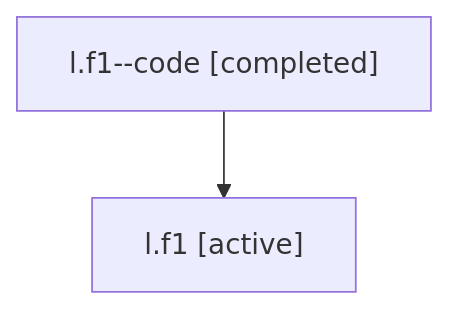
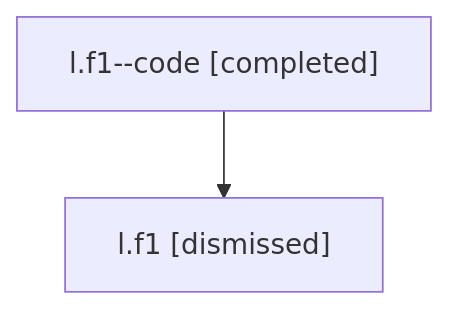
The diagram in sessions/bbugyi200.athena.l.f1.md (sase-org/sase--agents), drawn with Mermaid before and after one commit. The commit also changed other lines of this file and 50 other files, not shown here.

````diff
--- a/sessions/bbugyi200.athena.l.f1.md
+++ b/sessions/bbugyi200.athena.l.f1.md
@@ -9,6 +9,6 @@
 ```mermaid
 flowchart TD
   n0["l.f1--code [completed]"]
-  n1["l.f1 [active]"]
+  n1["l.f1 [dismissed]"]
   n0 --> n1
 ```
````
